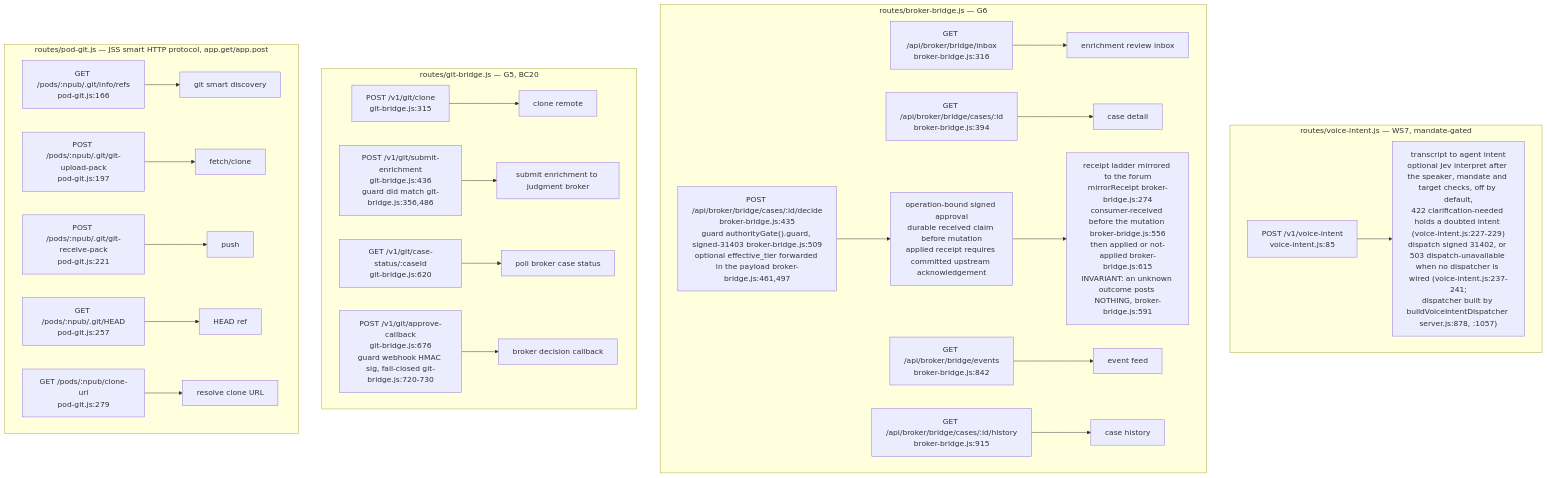
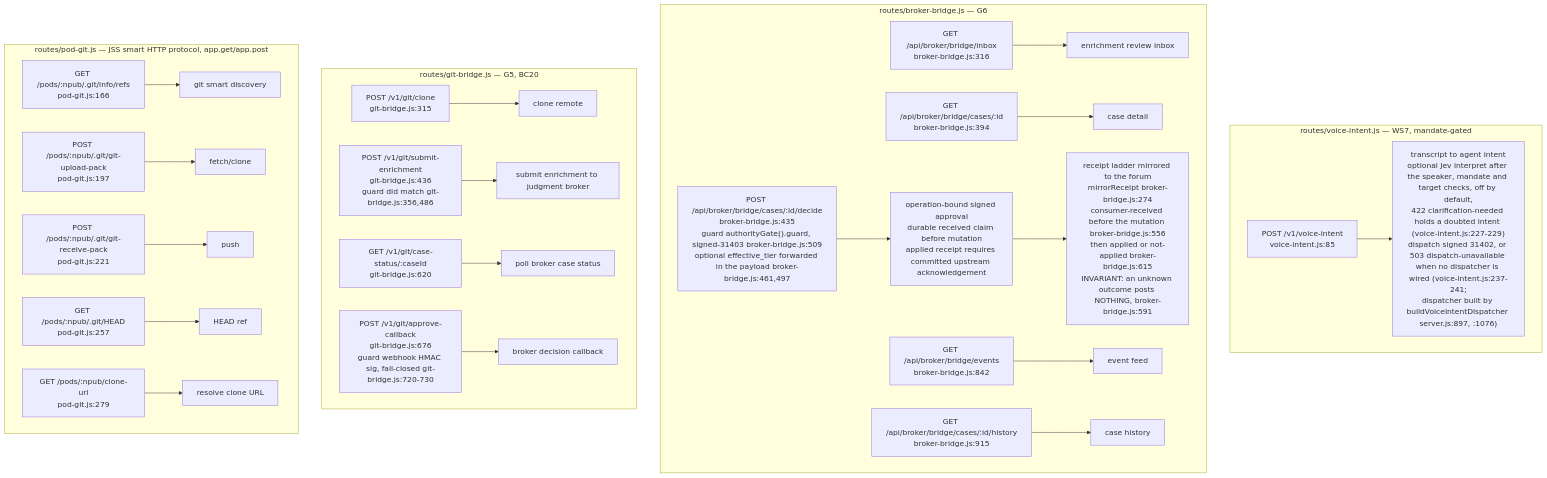
One commit to DreamLab-AI/VisionFlow changed diagram 11 of 17 in docs/diagrams/agentbox/03-management-api-request-lifecycle.md. Above: the diagram before and after it, drawn with Mermaid. The commit also changed other lines of this file and 8 other files, not shown here.

First line of the commit message:
docs(diagrams): re-verify the NIP-98 proxy topics and the custody counts at agentbox 0693c761c (VF-DIAGRAM-NIP98-DRIFT)

````diff
--- a/docs/diagrams/agentbox/03-management-api-request-lifecycle.md
+++ b/docs/diagrams/agentbox/03-management-api-request-lifecycle.md
@@ -456,27 +459,27 @@
 ```mermaid
 flowchart TD
     subgraph vi["routes/voice-intent.js — WS7, mandate-gated"]
-        VI1["POST /v1/voice-intent<br/>voice-intent.js:85"] --> VIH1["transcript to agent intent<br/>optional Jev interpret after the speaker, mandate and target checks, off by default,<br/>422 clarification-needed holds a doubted intent (voice-intent.js:227-229)<br/>dispatch signed 31402, or 503 dispatch-unavailable when no dispatcher is wired (voice-intent.js:237-241;<br/>dispatcher built by buildVoiceIntentDispatcher server.js:878, :1057)"]
+        VI1["POST /v1/voice-intent<br/>voice-intent.js:85"] --> VIH1["transcript to agent intent<br/>optional Jev interpret after the speaker, mandate and target checks, off by default,<br/>422 clarification-needed holds a doubted intent (voice-intent.js:227-229)<br/>dispatch signed 31402, or 503 dispatch-unavailable when no dispatcher is wired (voice-intent.js:237-241;<br/>dispatcher built by buildVoiceIntentDispatcher server.js:897, :1076)"]
     end
     subgraph bb["routes/broker-bridge.js — G6"]
         BB1["GET /api/broker/bridge/inbox<br/>broker-bridge.js:316"] --> BBH1["enrichment review inbox"]
         BB2["GET /api/broker/bridge/cases/:id<br/>broker-bridge.js:394"] --> BBH2["case detail"]
         BB3["POST /api/broker/bridge/cases/:id/decide<br/>broker-bridge.js:435<br/>guard authorityGate().guard, signed-31403 broker-bridge.js:509<br/>optional effective_tier forwarded in the payload broker-bridge.js:461,497"] --> BBH3["operation-bound signed approval<br/>durable received claim before mutation<br/>applied receipt requires committed upstream acknowledgement"]
         BBH3 --> BBH3B["receipt ladder mirrored to the forum<br/>mirrorReceipt broker-bridge.js:274<br/>consumer-received before the mutation broker-bridge.js:556<br/>then applied or not-applied broker-bridge.js:615<br/>INVARIANT: an unknown outcome posts NOTHING, broker-bridge.js:591"]
         BB4["GET /api/broker/bridge/events<br/>broker-bridge.js:842"] --> BBH4["event feed"]
         BB5["GET /api/broker/bridge/cases/:id/history<br/>broker-bridge.js:915"] --> BBH5["case history"]
     end
     subgraph gb["routes/git-bridge.js — G5, BC20"]
         GB1["POST /v1/git/clone<br/>git-bridge.js:315"] --> GBH1["clone remote"]
         GB2["POST /v1/git/submit-enrichment<br/>git-bridge.js:436<br/>guard did match git-bridge.js:356,486"] --> GBH2["submit enrichment to judgment broker"]
         GB3["GET /v1/git/case-status/:caseId<br/>git-bridge.js:620"] --> GBH3["poll broker case status"]
         GB4["POST /v1/git/approve-callback<br/>git-bridge.js:676<br/>guard webhook HMAC sig, fail-closed git-bridge.js:720-730"] --> GBH4["broker decision callback"]
     end
     subgraph pg["routes/pod-git.js — JSS smart HTTP protocol, app.get/app.post"]
         PG1["GET /pods/:npub/.git/info/refs<br/>pod-git.js:166"] --> PGH1["git smart discovery"]
         PG2["POST /pods/:npub/.git/git-upload-pack<br/>pod-git.js:197"] --> PGH2["fetch/clone"]
         PG3["POST /pods/:npub/.git/git-receive-pack<br/>pod-git.js:221"] --> PGH3["push"]
         PG4["GET /pods/:npub/.git/HEAD<br/>pod-git.js:257"] --> PGH4["HEAD ref"]
         PG5["GET /pods/:npub/clone-url<br/>pod-git.js:279"] --> PGH5["resolve clone URL"]
     end
 ```
````
